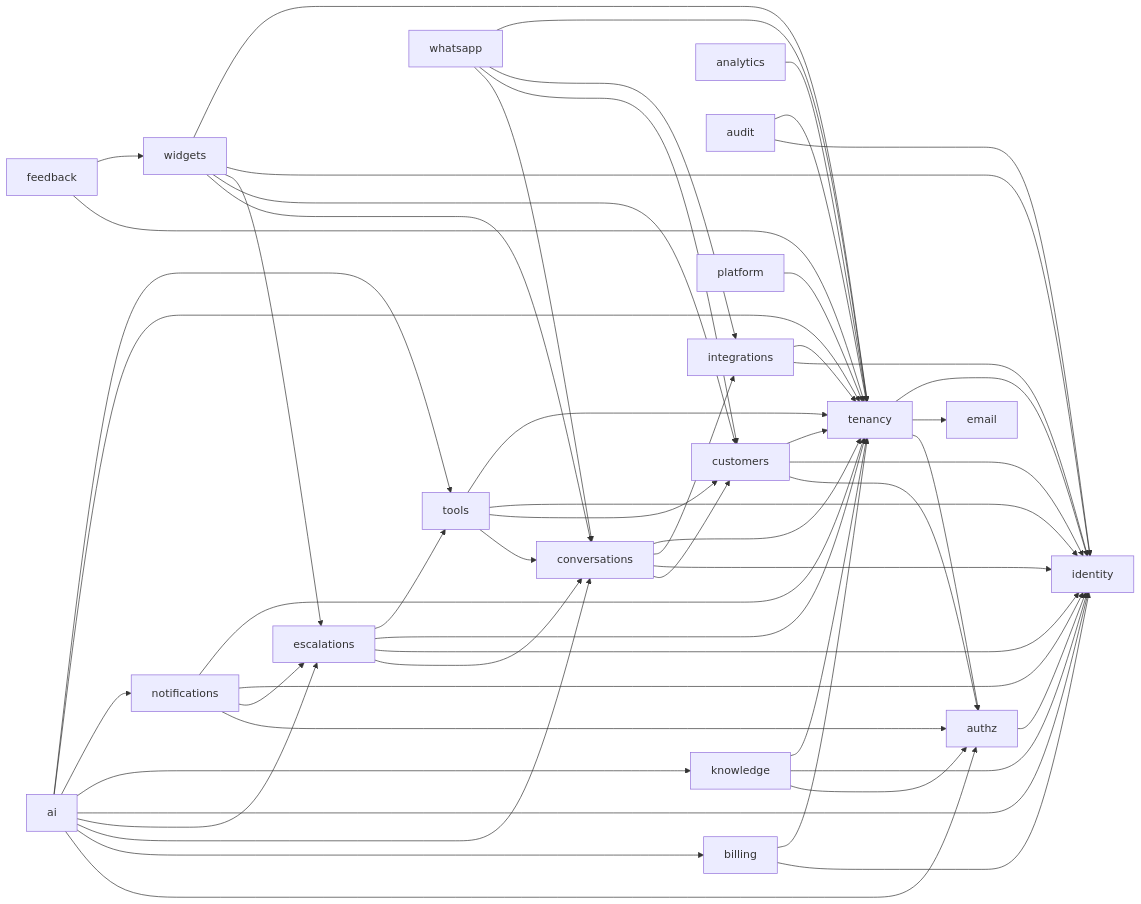
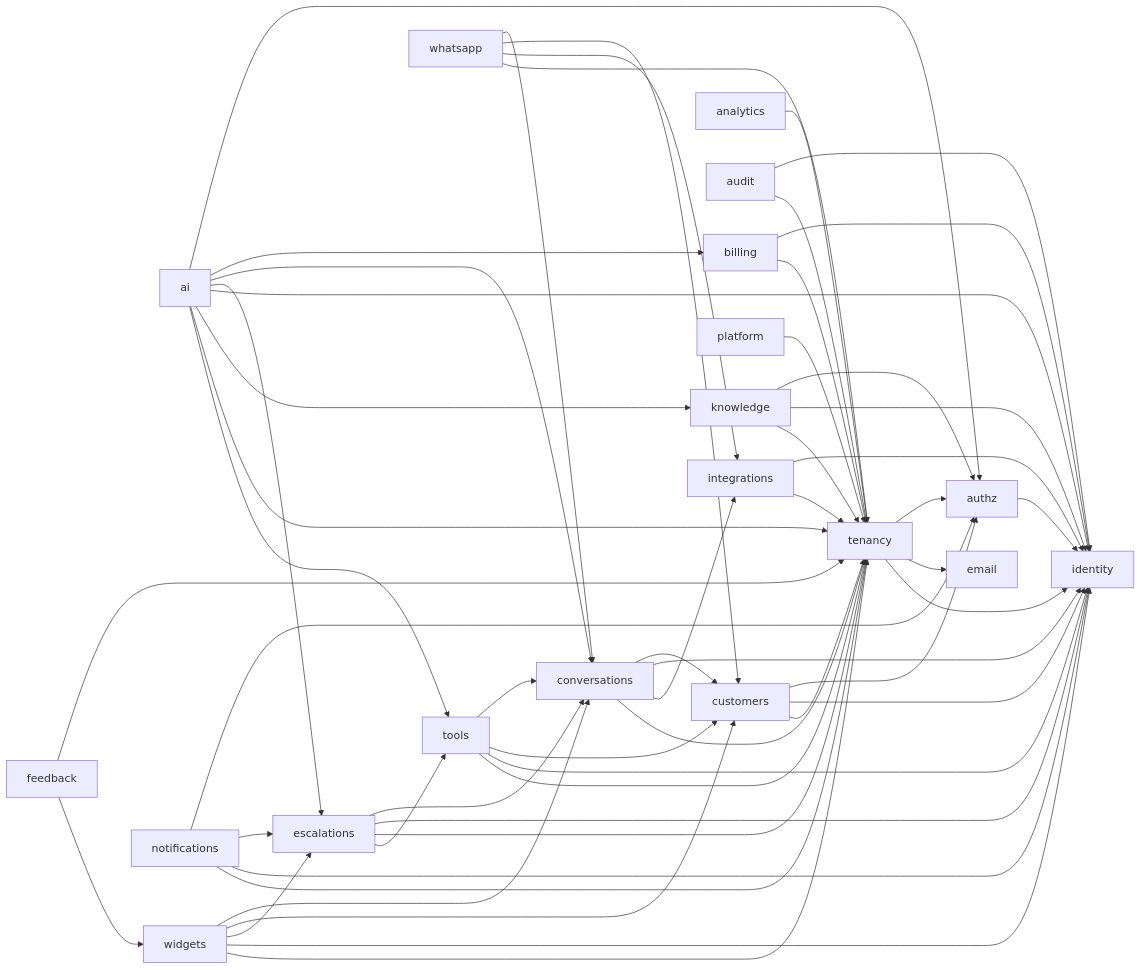
The diagram in docs/architecture/module-dependencies.md (mohamed155/customer-service-chat-system), drawn with Mermaid before and after one commit. The commit also changed other lines of this file and 12 other files, not shown here.

````diff
--- a/docs/architecture/module-dependencies.md
+++ b/docs/architecture/module-dependencies.md
@@ -41,57 +41,56 @@
 ```mermaid
 flowchart LR
   ai --> authz
   ai --> billing
   ai --> conversations
   ai --> escalations
   ai --> identity
   ai --> knowledge
-  ai --> notifications
   ai --> tenancy
   ai --> tools
   analytics --> tenancy
   audit --> identity
   audit --> tenancy
   authz --> identity
   billing --> identity
   billing --> tenancy
   conversations --> customers
   conversations --> identity
   conversations --> integrations
   conversations --> tenancy
   customers --> authz
   customers --> identity
   customers --> tenancy
   escalations --> conversations
   escalations --> identity
   escalations --> tenancy
   escalations --> tools
   feedback --> tenancy
   feedback --> widgets
   integrations --> identity
   integrations --> tenancy
   knowledge --> authz
   knowledge --> identity
   knowledge --> tenancy
   notifications --> authz
   notifications --> escalations
   notifications --> identity
   notifications --> tenancy
   platform --> tenancy
   tenancy --> authz
   tenancy --> email
   tenancy --> identity
   tools --> conversations
   tools --> customers
   tools --> identity
   tools --> tenancy
   whatsapp --> conversations
   whatsapp --> customers
   whatsapp --> integrations
   whatsapp --> tenancy
   widgets --> conversations
   widgets --> customers
   widgets --> escalations
   widgets --> identity
   widgets --> tenancy
 ```
````
